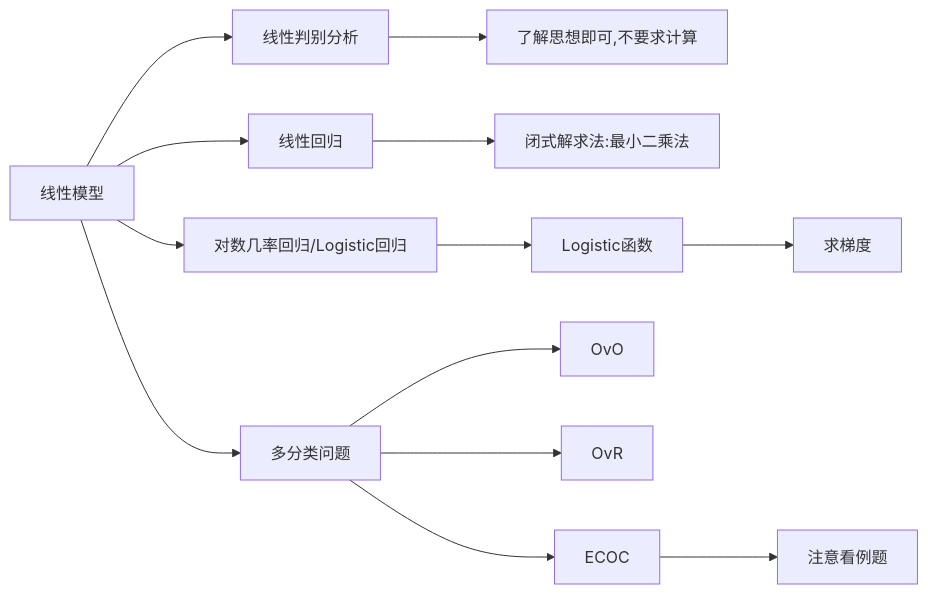
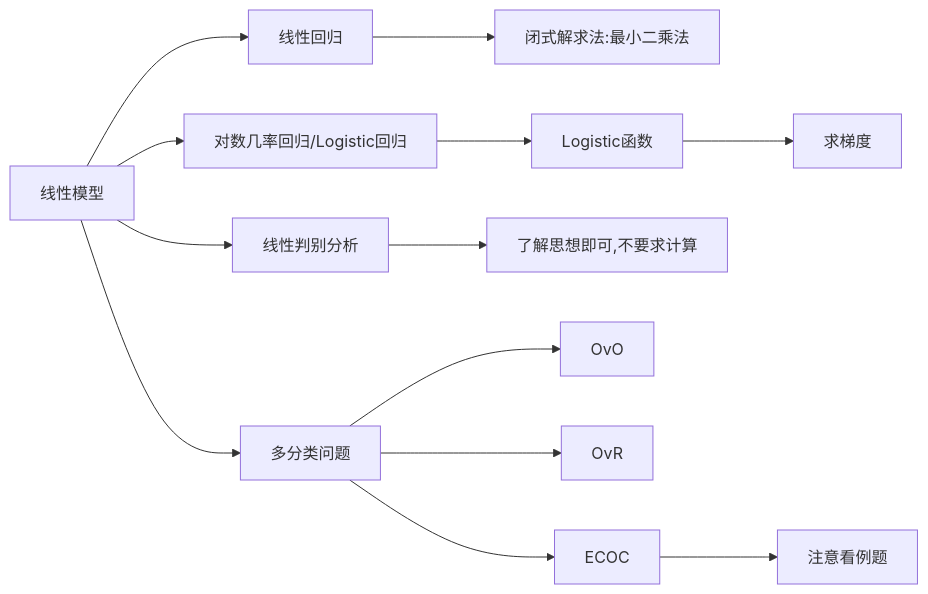
One commit to Steven-Zhl/YNU_IST_Courses changed the diagram in MachineLearning/Notes/Part03-线性模型.md. Above: the diagram before and after it, drawn with Mermaid. The commit also changed other lines of this file and 2 other files, not shown here.

Commit message:
[Update]机器学习笔记3&4

````diff
--- a/MachineLearning/Notes/Part03-线性模型.md
+++ b/MachineLearning/Notes/Part03-线性模型.md
@@ -254,15 +254,11 @@
 ```mermaid
 graph LR
-线性模型-->线性回归
-线性模型-->对数几率回归/Logistic回归
+线性模型-->线性回归-->闭式解求法:最小二乘法
+线性模型-->对数几率回归/Logistic回归-->Logistic函数-->求梯度
 线性模型-->线性判别分析-->了解思想即可,不要求计算
 线性模型-->多分类问题
-
-线性回归-->闭式解求法:最小二乘法
-
-对数几率回归/Logistic回归-->Logistic函数-->求梯度
 
 多分类问题-->OvO
 多分类问题-->OvR
 多分类问题-->ECOC-->注意看例题
 ```
````
